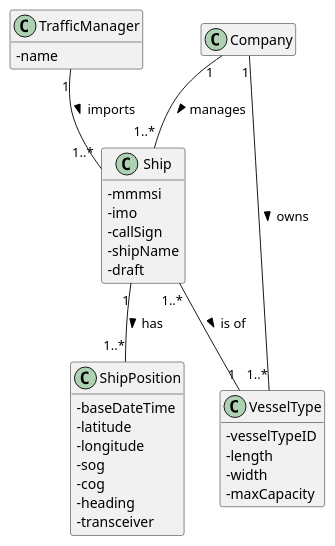
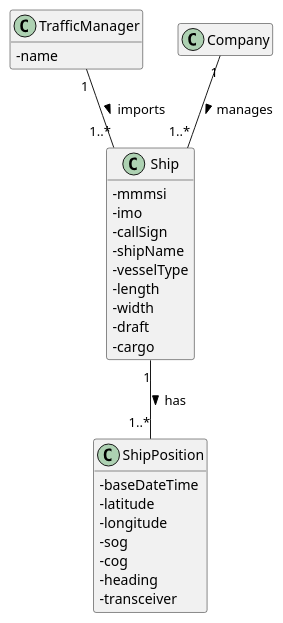
Before and after one commit to ana-albergaria/LAPR3-ISEP: the diagram in docs/US101/US_101_DM.puml, drawn with PlantUML. The commit also changed 5 other files, not shown here.

Commit message:
G54-48 G54-49 #comment corrected the DM and SD diagram and changed some details of the code.

```diff
--- a/docs/US101/US_101_DM.puml
+++ b/docs/US101/US_101_DM.puml
@@ -1,46 +1,41 @@
 @startuml
 'https://plantuml.com/class-diagram
 hide empty methods
 hide empty attributes
 skinparam classAttributeIconSize 0
 
 class TrafficManager{
     -name
 }
 
 class Company{}
 
 class Ship {
     -mmmsi /'MMSI - 1'/
     -imo /'IMO - 9'/
     -callSign /'CallSign - 10'/
     -shipName /'VesselName - 8'/
+    -vesselType
+    -length
+    -width
     -draft /'Draft - 14'/
+    -cargo
     '-shipPositions /'BST que guarda Positions'/
     '-vesselType /'objeto do tipo VesselType'/
-}
-
-class VesselType{
-    -vesselTypeID /'VesselType - 11'/
-    -length /'Length - 12'/
-    -width /'Width - 13'/
-    -maxCapacity /'Cargo - 15'/
 }
 
 class ShipPosition {
     -baseDateTime /'BaseDateTime - 2'/
     -latitude /'LAT - 3'/
     -longitude /'LON - 4'/
     -sog /'SOG - 5'/
     -cog /'COG - 6'/
     -heading /'Heading - 7'/
     -transceiver /'TransceiverClass - 16'/
 }
 
-Company "1" -- "1..*" VesselType : owns >
-Ship "1..*" -- "1" VesselType : is of >
 TrafficManager "1" -- "1..*" Ship : imports >
 Ship "1" -- "1..*" ShipPosition : has >
 Company "1" -- "1..*" Ship : manages >
 
 @enduml
```
